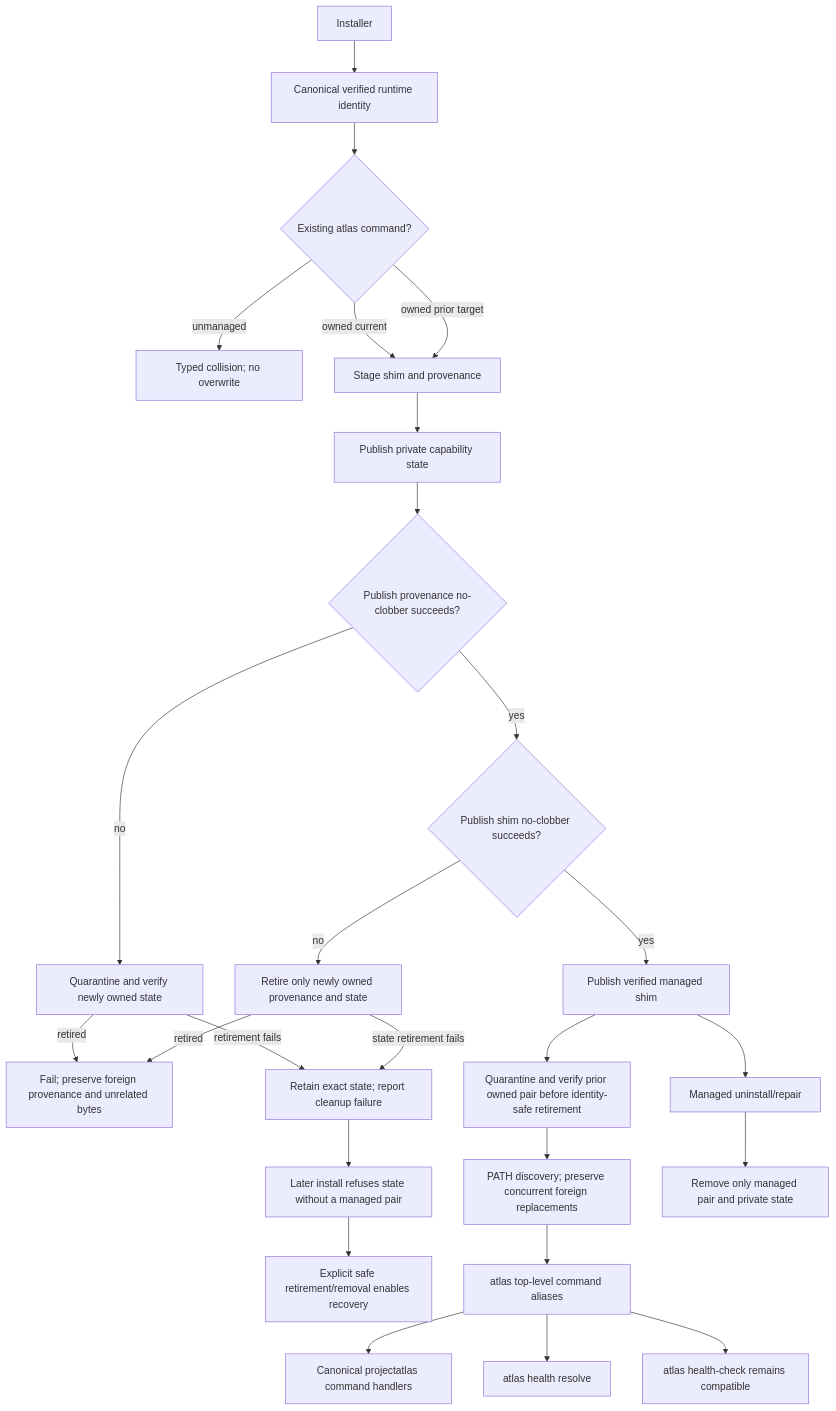
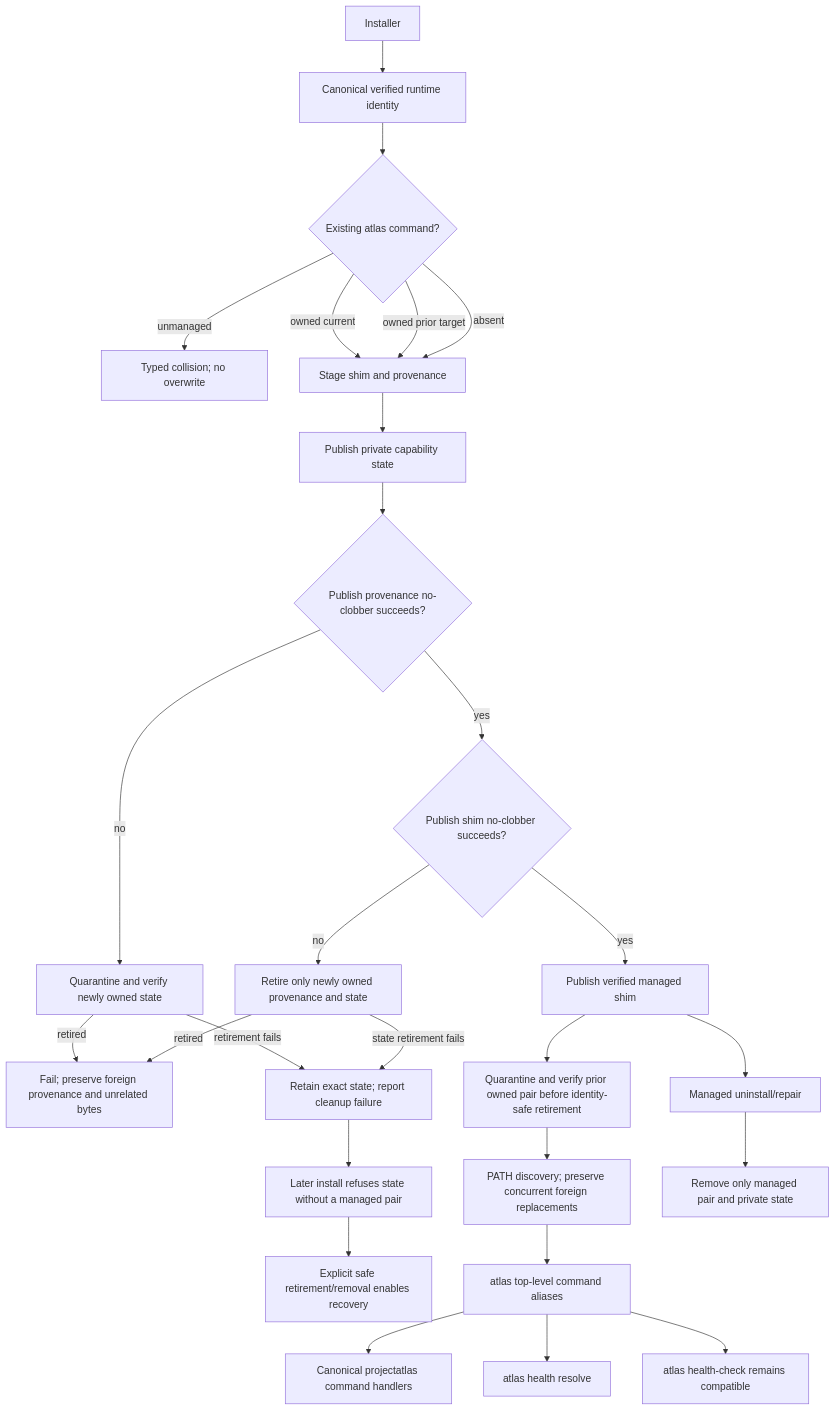
Before and after one commit to styler-ai/ProjectAtlas: diagram 27 of 28 in docs/v050-release-architecture.md, drawn with Mermaid. The commit also changed 3 other files, not shown here.

````diff
--- a/docs/v050-release-architecture.md
+++ b/docs/v050-release-architecture.md
@@ -428,28 +428,29 @@
 ```mermaid
 flowchart TB
   installer[Installer] --> identity[Canonical verified runtime identity]
   identity --> collision{Existing atlas command?}
   collision -->|unmanaged| reject[Typed collision; no overwrite]
   collision -->|owned current| stage[Stage shim and provenance]
   collision -->|owned prior target| stage
+  collision -->|absent| stage
   stage --> state[Publish private capability state]
   state --> provenance{Publish provenance no-clobber succeeds?}
   provenance -->|no| state_cleanup[Quarantine and verify newly owned state]
   state_cleanup -->|retired| reject_publication[Fail; preserve foreign provenance and unrelated bytes]
   state_cleanup -->|retirement fails| retained[Retain exact state; report cleanup failure]
   retained --> refuse[Later install refuses state without a managed pair]
   refuse --> recover[Explicit safe retirement/removal enables recovery]
   provenance -->|yes| forwarder{Publish shim no-clobber succeeds?}
   forwarder -->|no| pair_cleanup[Retire only newly owned provenance and state]
   pair_cleanup -->|retired| reject_publication
   pair_cleanup -->|state retirement fails| retained
   forwarder -->|yes| shim[Publish verified managed shim]
   shim --> migrate[Quarantine and verify prior owned pair before identity-safe retirement]
   migrate --> discover[PATH discovery; preserve concurrent foreign replacements]
   discover --> aliases[atlas top-level command aliases]
   aliases --> canonical[Canonical projectatlas command handlers]
   aliases --> resolve[atlas health resolve]
   aliases --> legacy[atlas health-check remains compatible]
   shim --> uninstall[Managed uninstall/repair]
   uninstall --> clean[Remove only managed pair and private state]
 ```
````
